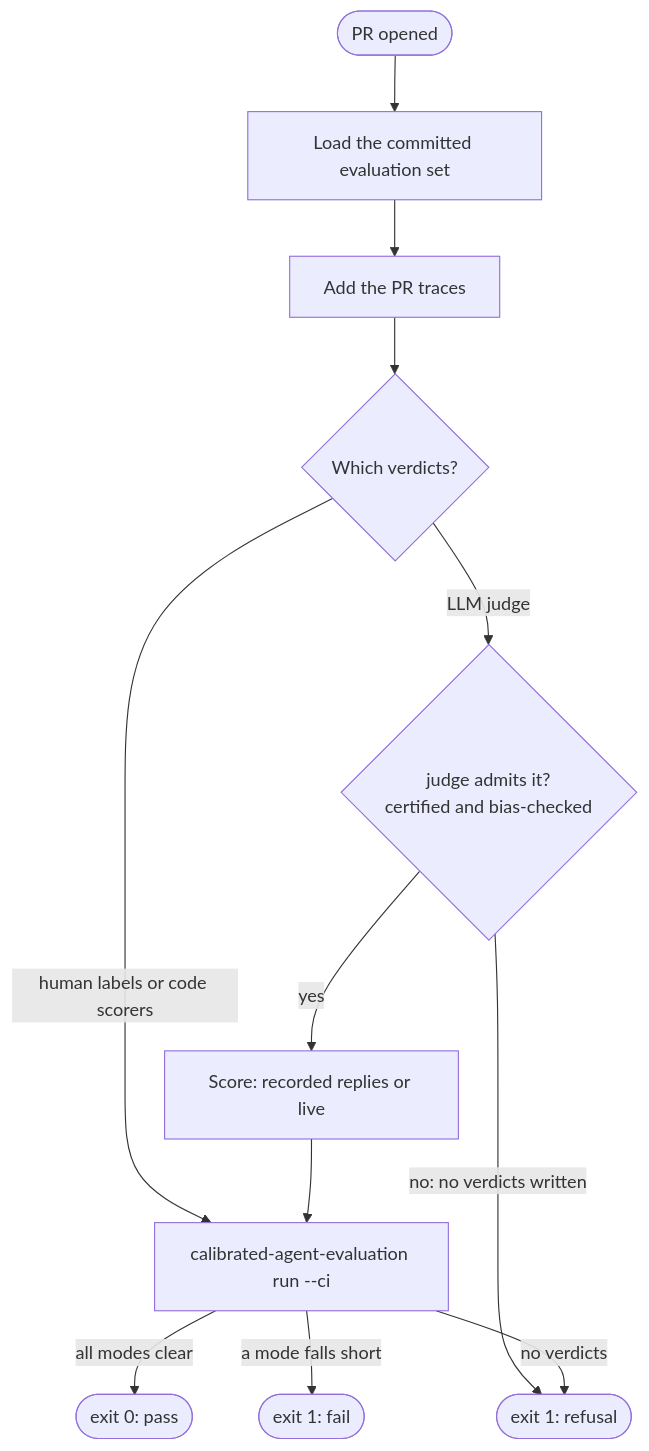
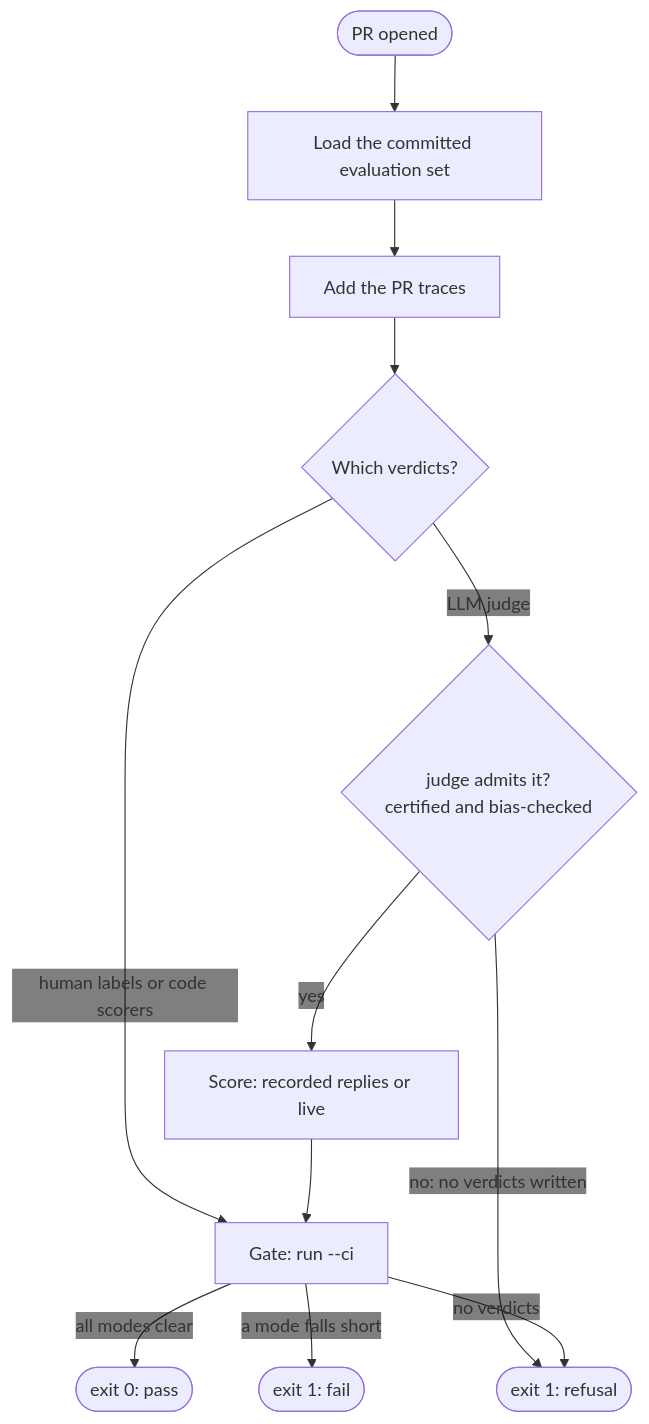
Before and after one commit to awslabs/calibrated-agent-evaluation: the diagram in docs/site/content/how-to/ci-config.md, drawn with Mermaid. The commit also changed 4 other files, not shown here.

First line of the commit message:
Recapture the review UI screenshots and clean up Mermaid edge labels

````diff
--- a/docs/site/content/how-to/ci-config.md
+++ b/docs/site/content/how-to/ci-config.md
@@ -21,14 +21,15 @@
 ```mermaid
+%%{init: {"themeVariables": {"edgeLabelBackground": "transparent"}}}%%
 flowchart TD
     pr([PR opened]) --> load[Load the committed evaluation set]
     load --> add["Add the PR traces"]
     add --> src{Which verdicts?}
     src -->|human labels or code scorers| gate
     src -->|LLM judge| trust{"judge admits it?<br/>certified and bias-checked"}
     trust -->|no: no verdicts written| refuse
     trust -->|yes| score["Score: recorded replies or live"]
-    score --> gate["calibrated-agent-evaluation run --ci"]
+    score --> gate["Gate: run --ci"]
     gate -->|all modes clear| pass(["exit 0: pass"])
     gate -->|a mode falls short| fail(["exit 1: fail"])
     gate -->|no verdicts| refuse(["exit 1: refusal"])
 ```
````
